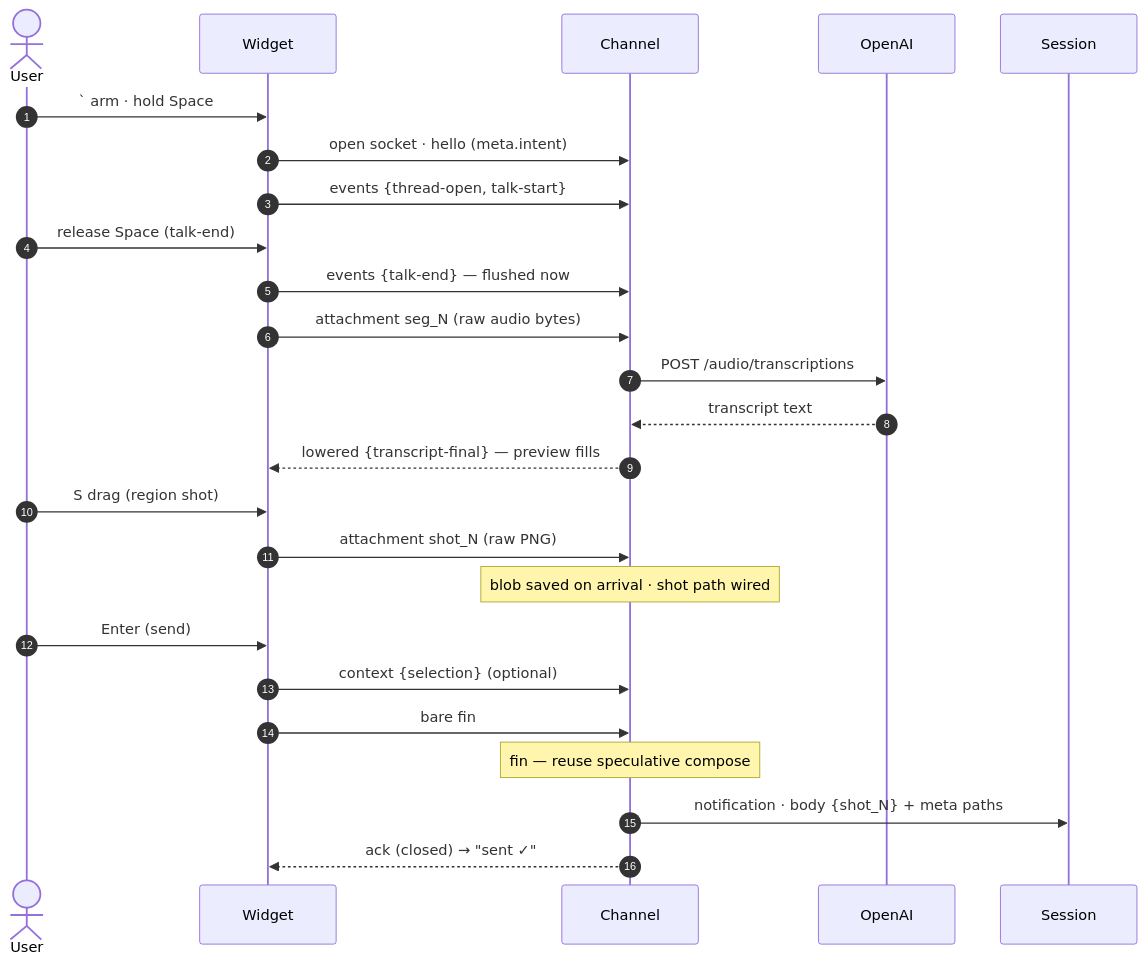
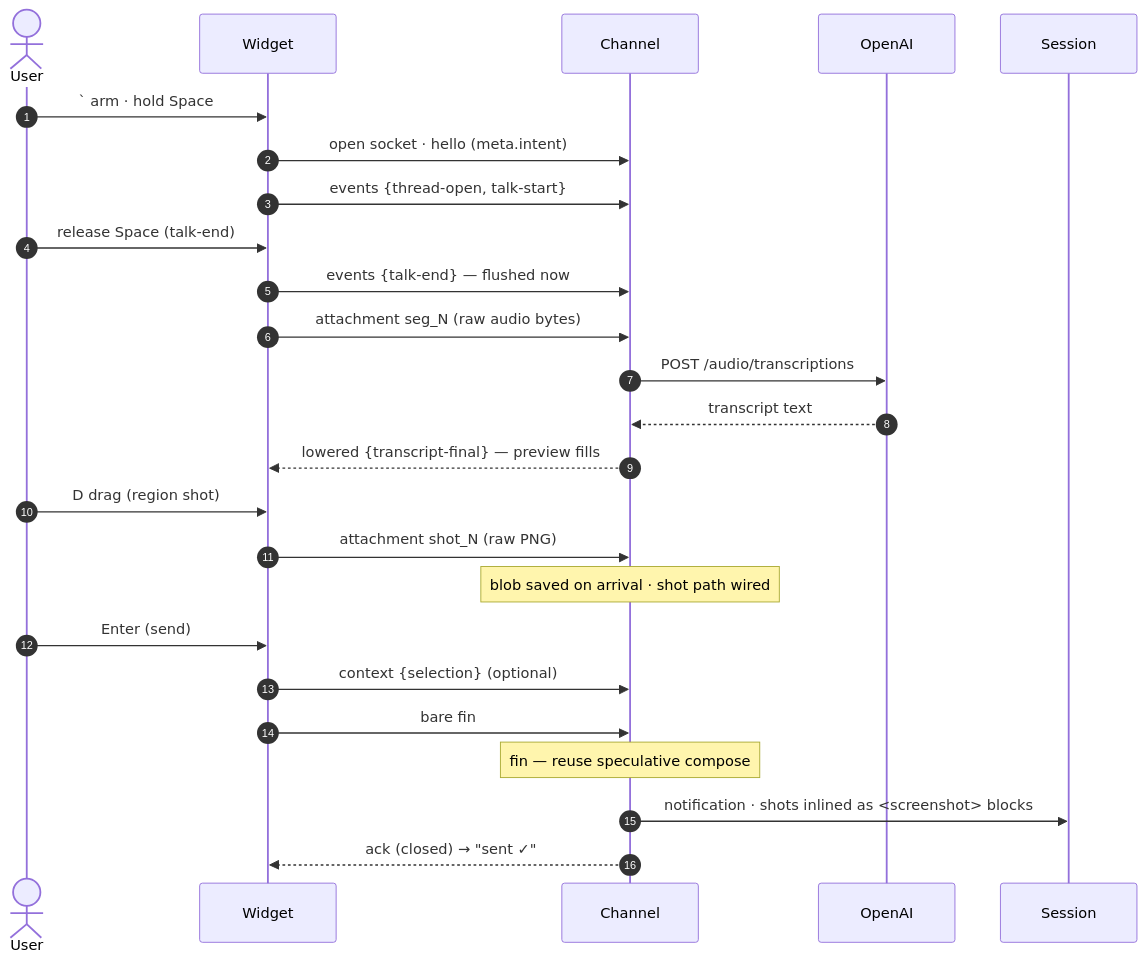
The second of 3 diagrams in docs/guide/web-intent-tool.md (habemus-papadum/pdum_aiui), drawn with Mermaid before and after one commit. The commit also changed other lines of this file and 95 other files, not shown here.

````diff
--- a/docs/guide/web-intent-tool.md
+++ b/docs/guide/web-intent-tool.md
@@ -263,28 +279,28 @@
 ```mermaid
 sequenceDiagram
   autonumber
   actor User
   participant W as Widget
   participant C as Channel
   participant AI as OpenAI
   participant S as Session
 
   User->>W: ` arm · hold Space
   W->>C: open socket · hello (meta.intent)
   W->>C: events {thread-open, talk-start}
   User->>W: release Space (talk-end)
   W->>C: events {talk-end} — flushed now
   W->>C: attachment seg_N (raw audio bytes)
   C->>AI: POST /audio/transcriptions
   AI-->>C: transcript text
   C-->>W: lowered {transcript-final} — preview fills
-  User->>W: S drag (region shot)
+  User->>W: D drag (region shot)
   W->>C: attachment shot_N (raw PNG)
   Note over C: blob saved on arrival · shot path wired
   User->>W: Enter (send)
   W->>C: context {selection} (optional)
   W->>C: bare fin
   Note over C: fin — reuse speculative compose
-  C->>S: notification · body {shot_N} + meta paths
+  C->>S: notification · shots inlined as <screenshot> blocks
   C-->>W: ack (closed) → "sent ✓"
 ```
````
